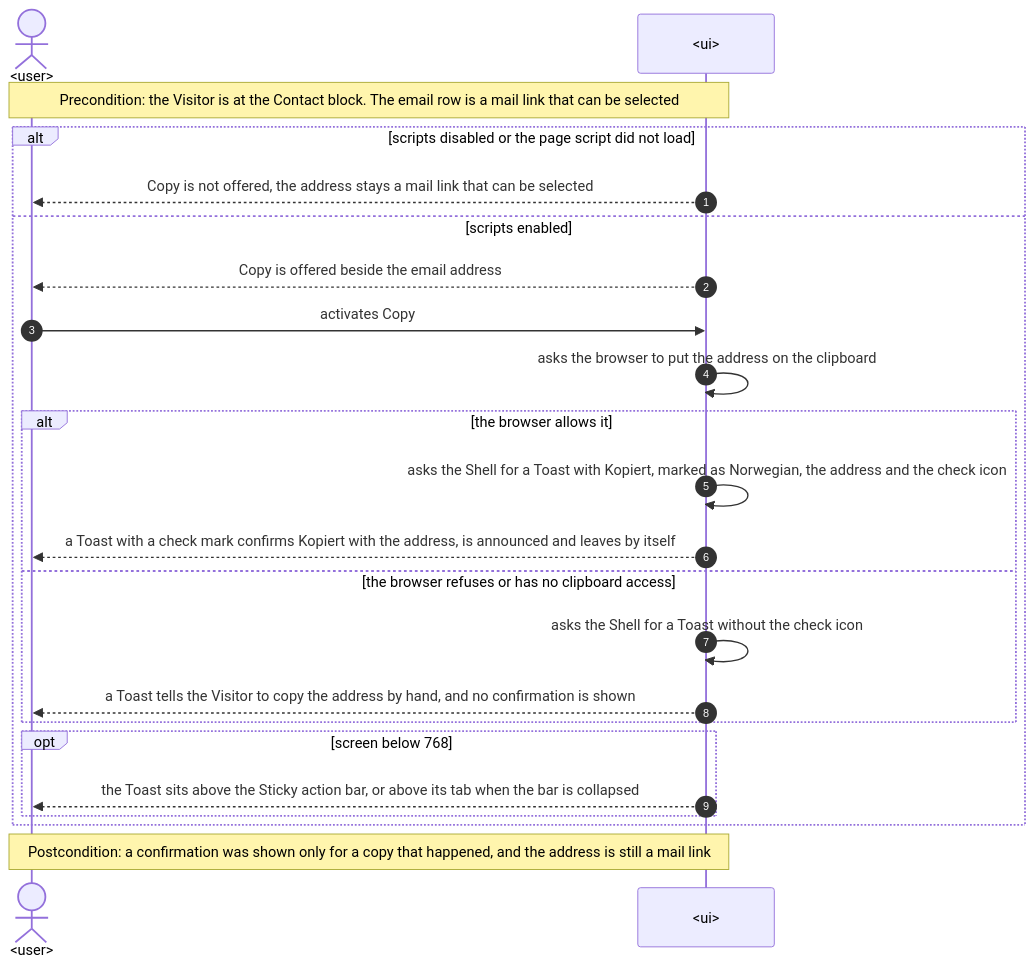
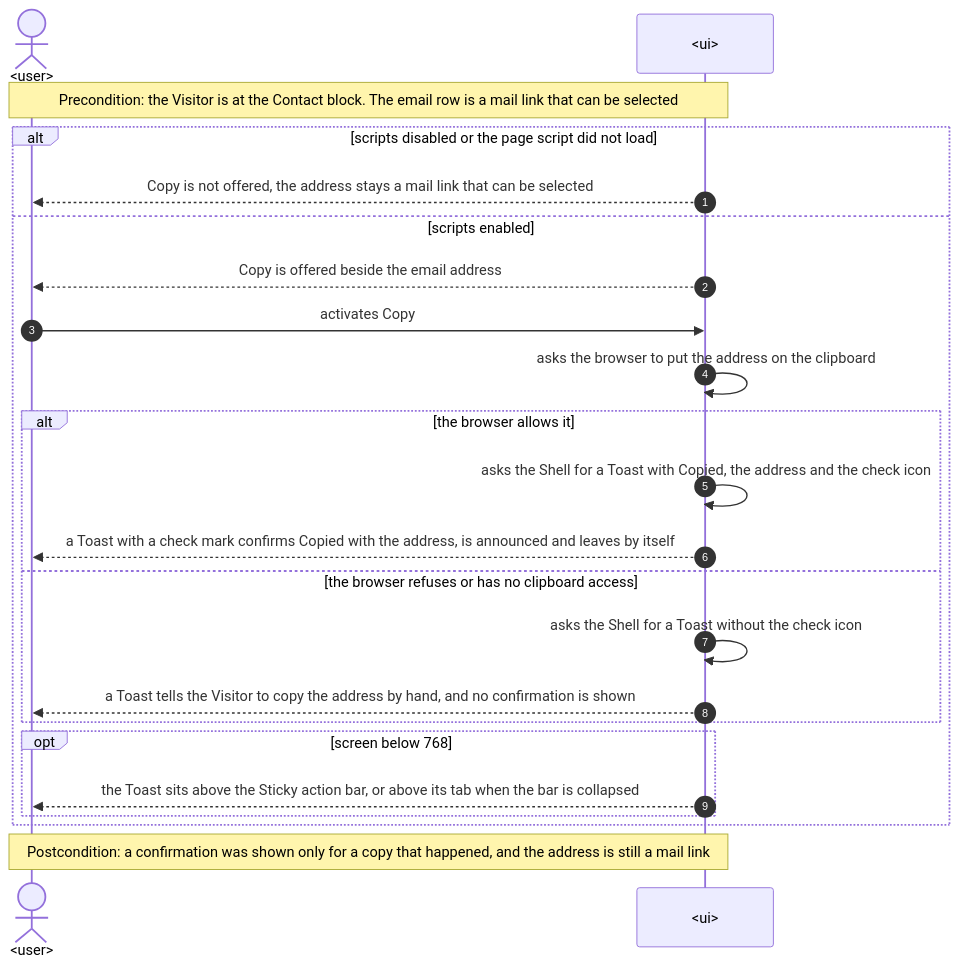
The seventh of 9 diagrams in docs/features/home/sad.md (Ponomaleks/alpon.dev), drawn with Mermaid before and after one commit. The commit also changed other lines of this file and 8 other files, not shown here.

````diff
--- a/docs/features/home/sad.md
+++ b/docs/features/home/sad.md
@@ -416,26 +416,26 @@
 ```mermaid
 sequenceDiagram
     autonumber
     actor U as <user>
     participant UI as <ui>
 
     Note over U,UI: Precondition: the Visitor is at the Contact block. The email row is a mail link that can be selected
     alt scripts disabled or the page script did not load
         UI-->>U: Copy is not offered, the address stays a mail link that can be selected
     else scripts enabled
         UI-->>U: Copy is offered beside the email address
         U->>UI: activates Copy
         UI->>UI: asks the browser to put the address on the clipboard
         alt the browser allows it
-            UI->>UI: asks the Shell for a Toast with Kopiert, marked as Norwegian, the address and the check icon
-            UI-->>U: a Toast with a check mark confirms Kopiert with the address, is announced and leaves by itself
+            UI->>UI: asks the Shell for a Toast with Copied, the address and the check icon
+            UI-->>U: a Toast with a check mark confirms Copied with the address, is announced and leaves by itself
         else the browser refuses or has no clipboard access
             UI->>UI: asks the Shell for a Toast without the check icon
             UI-->>U: a Toast tells the Visitor to copy the address by hand, and no confirmation is shown
         end
         opt screen below 768
             UI-->>U: the Toast sits above the Sticky action bar, or above its tab when the bar is collapsed
         end
     end
     Note over U,UI: Postcondition: a confirmation was shown only for a copy that happened, and the address is still a mail link
 ```
````
